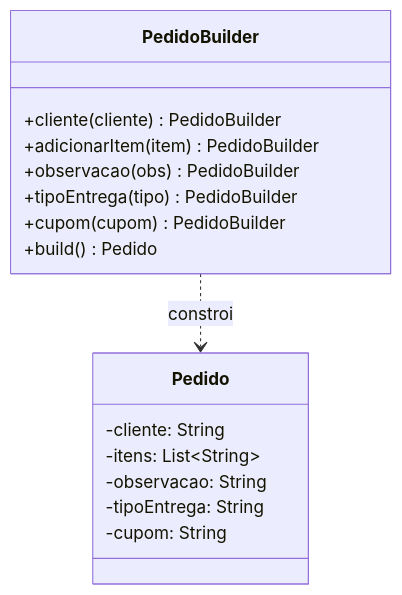
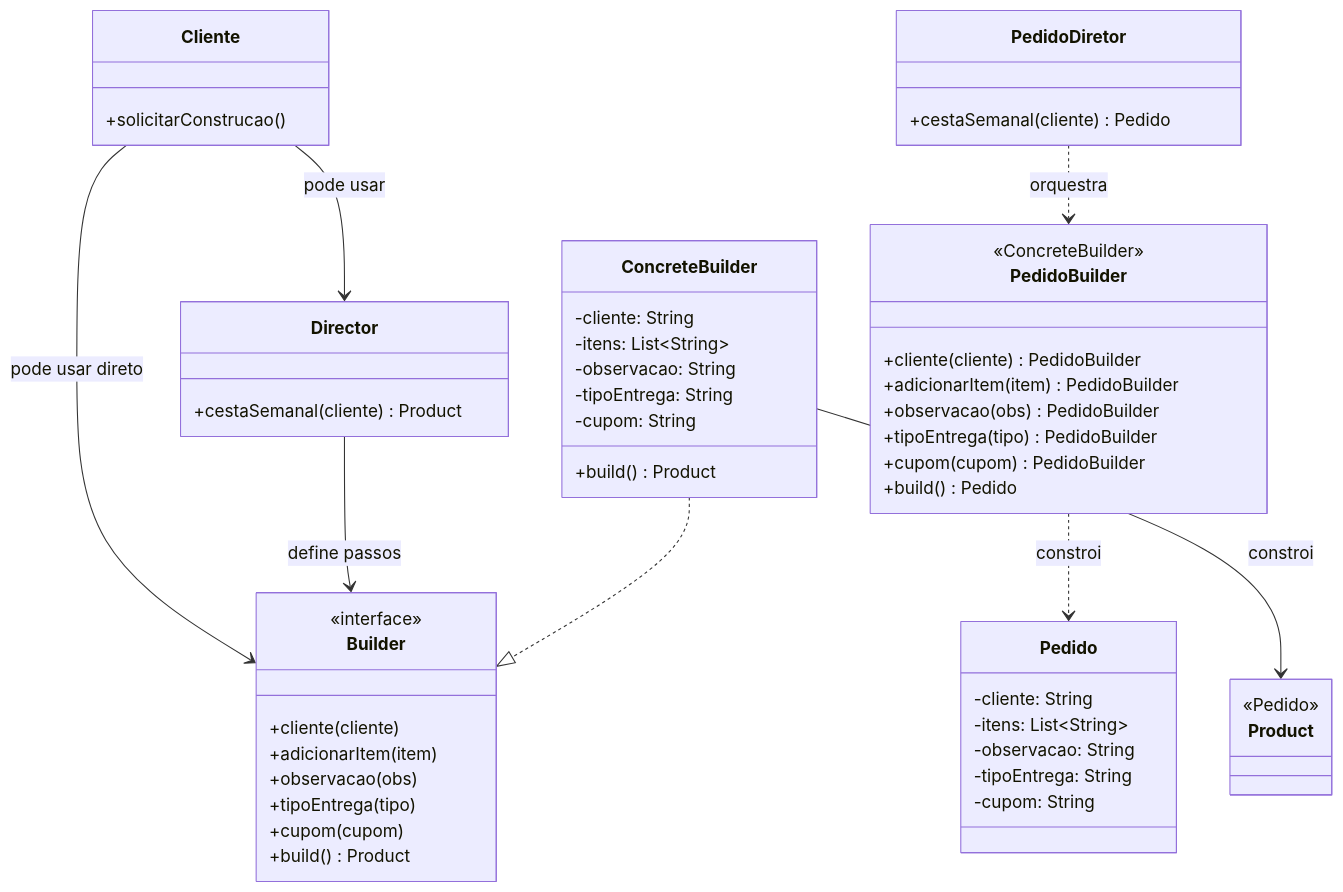
Before and after one commit to ProfBezerra/T200-ProjArqSist: the diagram in apostilas-gof/builder/APOSTILA.md, drawn with Mermaid. The commit also changed other lines of this file, not shown here.

Commit message:
Ajuste builder

````diff
--- a/apostilas-gof/builder/APOSTILA.md
+++ b/apostilas-gof/builder/APOSTILA.md
@@ -50,20 +50,57 @@
 ```mermaid
 classDiagram
+    class Cliente {
+        +solicitarConstrucao()
+    }
+    class Director {
+        +cestaSemanal(cliente) Product
+    }
+    class Builder {
+        <<interface>>
+        +cliente(cliente)
+        +adicionarItem(item)
+        +observacao(obs)
+        +tipoEntrega(tipo)
+        +cupom(cupom)
+        +build() Product
+    }
+    class ConcreteBuilder {
+        -cliente: String
+        -itens: List~String~
+        -observacao: String
+        -tipoEntrega: String
+        -cupom: String
+        +build() Product
+    }
+    class Product {
+        <<Pedido>>
+    }
+    class PedidoDiretor {
+        +cestaSemanal(cliente) Pedido
+    }
+    class PedidoBuilder {
+        <<ConcreteBuilder>>
+        +cliente(cliente) PedidoBuilder
+        +adicionarItem(item) PedidoBuilder
+        +observacao(obs) PedidoBuilder
+        +tipoEntrega(tipo) PedidoBuilder
+        +cupom(cupom) PedidoBuilder
+        +build() Pedido
+    }
     class Pedido {
         -cliente: String
         -itens: List~String~
         -observacao: String
         -tipoEntrega: String
         -cupom: String
     }
-    class PedidoBuilder {
-        +cliente(cliente) PedidoBuilder
-        +adicionarItem(item) PedidoBuilder
-        +observacao(obs) PedidoBuilder
-        +tipoEntrega(tipo) PedidoBuilder
-        +cupom(cupom) PedidoBuilder
-        +build() Pedido
-    }
 
+    Cliente --> Director : pode usar
+    Cliente --> Builder : pode usar direto
+    Director --> Builder : define passos
+    ConcreteBuilder ..|> Builder
+    ConcreteBuilder --> Product : constroi
+
+    PedidoDiretor ..> PedidoBuilder : orquestra
     PedidoBuilder ..> Pedido : constroi
 ```
````
